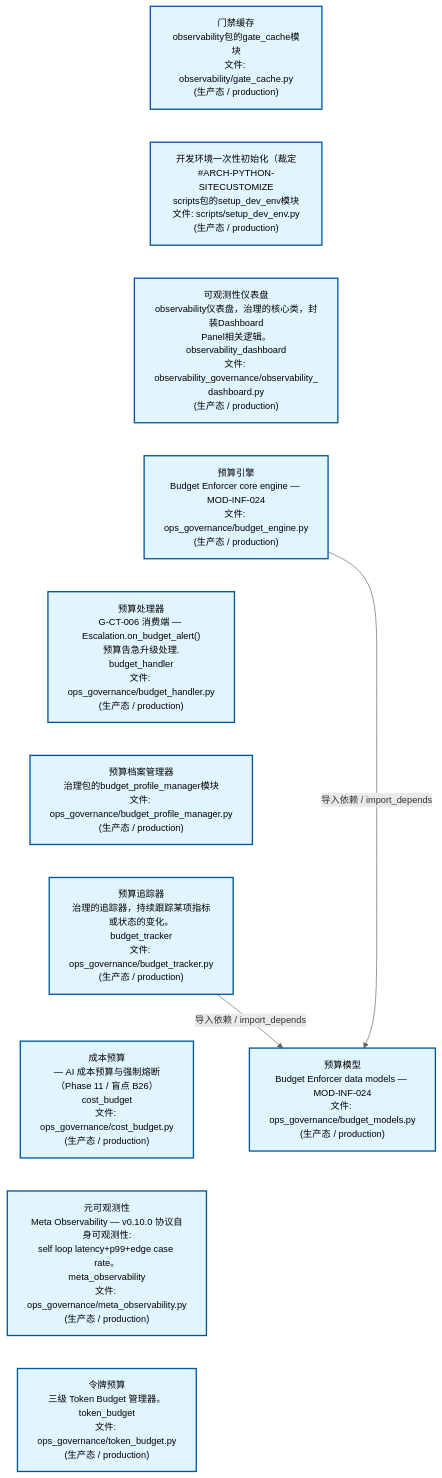
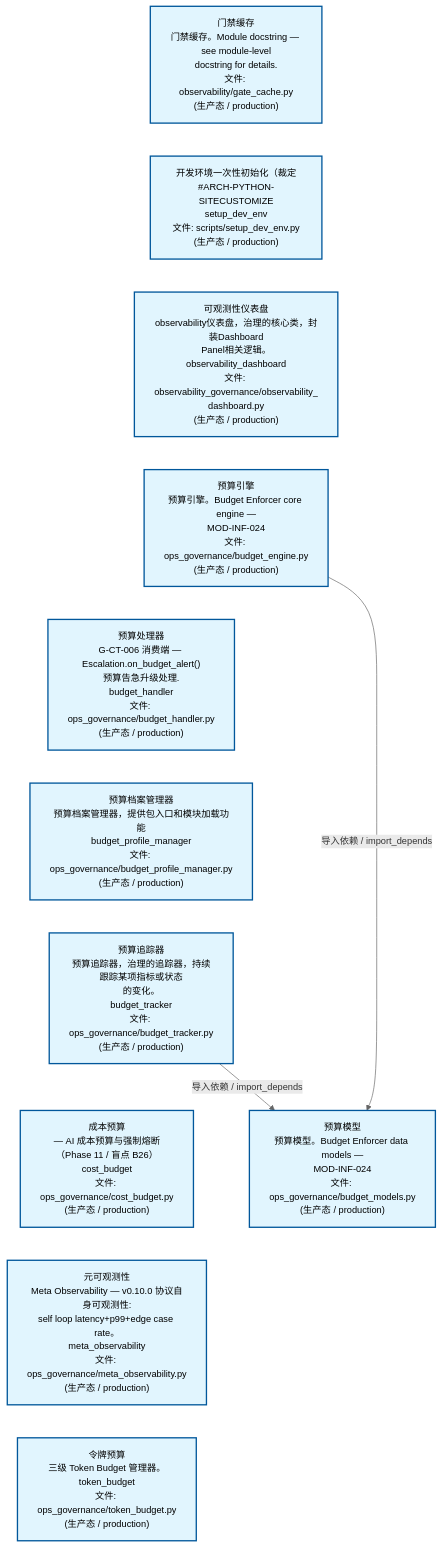
The second of 3 diagrams in docs/02_enterprise_architecture/02_domain_architecture_docs/24_d_ops.md (xuanFelixVan/ZephyrAlpha), drawn with Mermaid before and after one commit. The commit also changed other lines of this file and 56 other files, not shown here.

````diff
--- a/docs/02_enterprise_architecture/02_domain_architecture_docs/24_d_ops.md
+++ b/docs/02_enterprise_architecture/02_domain_architecture_docs/24_d_ops.md
@@ -126,31 +126,31 @@
 ```mermaid
 %%{init: {'theme': 'base', 'themeVariables': {'primaryColor': '#eaeaea', 'primaryTextColor': '#333333', 'primaryBorderColor': '#666666', 'lineColor': '#666666', 'secondaryColor': '#eaeaea', 'tertiaryColor': '#eaeaea', 'fontSize': '14px'}}}%%
 flowchart TD
-    scripts_governance_observability_gate_cache_py["门禁缓存<br/>observability包的gate_cache模块<br/>文件: observability/gate_cache.py<br/>(生产态 / production)"]
-    scripts_setup_dev_env_py["开发环境一次性初始化（裁定<br/>#ARCH-PYTHON-SITECUSTOMIZE<br/>scripts包的setup_dev_env模块<br/>文件: scripts/setup_dev_env.py<br/>(生产态 / production)"]
+    scripts_governance_observability_gate_cache_py["门禁缓存<br/>门禁缓存。Module docstring — see module-level<br/>docstring for details.<br/>文件: observability/gate_cache.py<br/>(生产态 / production)"]
+    scripts_setup_dev_env_py["开发环境一次性初始化（裁定<br/>#ARCH-PYTHON-SITECUSTOMIZE<br/>setup_dev_env<br/>文件: scripts/setup_dev_env.py<br/>(生产态 / production)"]
     src_zephyr_governance_observability_governance_observability_dashboard_py["可观测性仪表盘<br/>observability仪表盘，治理的核心类，封装Dashboard<br/>Panel相关逻辑。<br/>observability_dashboard<br/>文件: observability_governance/observability_<br/>dashboard.py<br/>(生产态 / production)"]
-    src_zephyr_governance_ops_governance_budget_engine_py["预算引擎<br/>Budget Enforcer core engine — MOD-INF-024<br/>文件: ops_governance/budget_engine.py<br/>(生产态 / production)"]
+    src_zephyr_governance_ops_governance_budget_engine_py["预算引擎<br/>预算引擎。Budget Enforcer core engine —<br/>MOD-INF-024<br/>文件: ops_governance/budget_engine.py<br/>(生产态 / production)"]
     src_zephyr_governance_ops_governance_budget_handler_py["预算处理器<br/>G-CT-006 消费端 — Escalation.on_budget_alert()<br/>预算告急升级处理.<br/>budget_handler<br/>文件: ops_governance/budget_handler.py<br/>(生产态 / production)"]
-    src_zephyr_governance_ops_governance_budget_profile_manager_py["预算档案管理器<br/>治理包的budget_profile_manager模块<br/>文件: ops_governance/budget_profile_manager.py<br/>(生产态 / production)"]
-    src_zephyr_governance_ops_governance_budget_tracker_py["预算追踪器<br/>治理的追踪器，持续跟踪某项指标或状态的变化。<br/>budget_tracker<br/>文件: ops_governance/budget_tracker.py<br/>(生产态 / production)"]
+    src_zephyr_governance_ops_governance_budget_profile_manager_py["预算档案管理器<br/>预算档案管理器，提供包入口和模块加载功能<br/>budget_profile_manager<br/>文件: ops_governance/budget_profile_manager.py<br/>(生产态 / production)"]
+    src_zephyr_governance_ops_governance_budget_tracker_py["预算追踪器<br/>预算追踪器，治理的追踪器，持续跟踪某项指标或状态<br/>的变化。<br/>budget_tracker<br/>文件: ops_governance/budget_tracker.py<br/>(生产态 / production)"]
     src_zephyr_governance_ops_governance_cost_budget_py["成本预算<br/>— AI 成本预算与强制熔断（Phase 11 / 盲点 B26）<br/>cost_budget<br/>文件: ops_governance/cost_budget.py<br/>(生产态 / production)"]
     src_zephyr_governance_ops_governance_meta_observability_py["元可观测性<br/>Meta Observability — v0.10.0 协议自身可观测性:<br/>self loop latency+p99+edge case rate。<br/>meta_observability<br/>文件: ops_governance/meta_observability.py<br/>(生产态 / production)"]
     src_zephyr_governance_ops_governance_token_budget_py["令牌预算<br/>三级 Token Budget 管理器。<br/>token_budget<br/>文件: ops_governance/token_budget.py<br/>(生产态 / production)"]
     scripts_governance_observability_gate_cache_py ~~~ scripts_setup_dev_env_py
     scripts_setup_dev_env_py ~~~ src_zephyr_governance_observability_governance_observability_dashboard_py
     src_zephyr_governance_observability_governance_observability_dashboard_py ~~~ src_zephyr_governance_ops_governance_budget_engine_py
     src_zephyr_governance_ops_governance_budget_engine_py ~~~ src_zephyr_governance_ops_governance_budget_handler_py
     src_zephyr_governance_ops_governance_budget_handler_py ~~~ src_zephyr_governance_ops_governance_budget_profile_manager_py
     src_zephyr_governance_ops_governance_budget_profile_manager_py ~~~ src_zephyr_governance_ops_governance_budget_tracker_py
     src_zephyr_governance_ops_governance_budget_tracker_py ~~~ src_zephyr_governance_ops_governance_cost_budget_py
     src_zephyr_governance_ops_governance_cost_budget_py ~~~ src_zephyr_governance_ops_governance_meta_observability_py
     src_zephyr_governance_ops_governance_meta_observability_py ~~~ src_zephyr_governance_ops_governance_token_budget_py
-    src_zephyr_governance_ops_governance_budget_models_py["预算模型<br/>Budget Enforcer data models — MOD-INF-024<br/>文件: ops_governance/budget_models.py<br/>(生产态 / production)"]
+    src_zephyr_governance_ops_governance_budget_models_py["预算模型<br/>预算模型。Budget Enforcer data models —<br/>MOD-INF-024<br/>文件: ops_governance/budget_models.py<br/>(生产态 / production)"]
     src_zephyr_governance_ops_governance_budget_engine_py -->|导入依赖 / import_depends| src_zephyr_governance_ops_governance_budget_models_py
     src_zephyr_governance_ops_governance_budget_tracker_py -->|导入依赖 / import_depends| src_zephyr_governance_ops_governance_budget_models_py
     classDef production fill:#e1f5fe,stroke:#01579b,stroke-width:2px,color:#000
     classDef design fill:#fff3e0,stroke:#e65100,stroke-width:2px,color:#000,stroke-dasharray: 5 5
     classDef external_prod fill:#e8f4fd,stroke:#0277bd,stroke-width:1px,color:#000
     classDef external_design fill:#fff8e7,stroke:#ef6c00,stroke-width:1px,color:#000,stroke-dasharray: 5 5
     class scripts_governance_observability_gate_cache_py,scripts_setup_dev_env_py,src_zephyr_governance_observability_governance_observability_dashboard_py,src_zephyr_governance_ops_governance_budget_engine_py,src_zephyr_governance_ops_governance_budget_handler_py,src_zephyr_governance_ops_governance_budget_models_py,src_zephyr_governance_ops_governance_budget_profile_manager_py,src_zephyr_governance_ops_governance_budget_tracker_py,src_zephyr_governance_ops_governance_cost_budget_py,src_zephyr_governance_ops_governance_meta_observability_py,src_zephyr_governance_ops_governance_token_budget_py production
 ```
````
